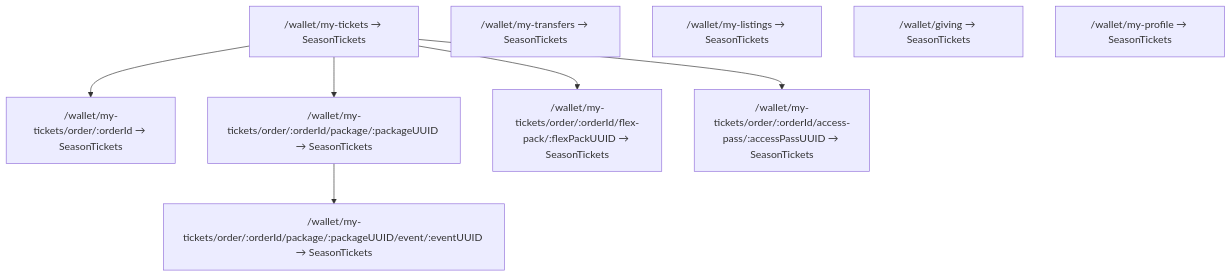
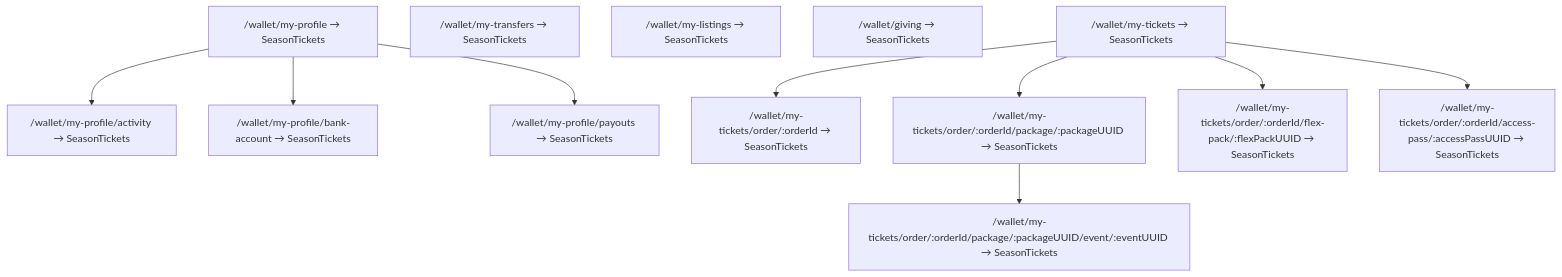
Before and after one commit to CRE8Interactions/frontend-buyer-app: the diagram in docs/wallet-routes.mmd, drawn with Mermaid. The commit also changed 12 other files, not shown here.

First line of the commit message:
Move bank account and payouts under my-profile routes

```diff
--- a/docs/wallet-routes.mmd
+++ b/docs/wallet-routes.mmd
@@ -1,15 +1,18 @@
 %% Wallet routes: each node is path then the component that renders.
 %% Section and detail URLs share WalletLayout (MyTicketsAuthGuard + SeasonTickets).
 %% Their page.tsx files return null and only own the URL.
 
 flowchart TD
   myTickets["/wallet/my-tickets → SeasonTickets"]
   transfers["/wallet/my-transfers → SeasonTickets"]
   listings["/wallet/my-listings → SeasonTickets"]
   giving["/wallet/giving → SeasonTickets"]
   profile["/wallet/my-profile → SeasonTickets"]
+  profile --> activity["/wallet/my-profile/activity → SeasonTickets"]
+  profile --> bank["/wallet/my-profile/bank-account → SeasonTickets"]
+  profile --> payouts["/wallet/my-profile/payouts → SeasonTickets"]
   myTickets --> orderEvent["/wallet/my-tickets/order/:orderId → SeasonTickets"]
   myTickets --> pkg["/wallet/my-tickets/order/:orderId/package/:packageUUID → SeasonTickets"]
   pkg --> pkgEvent["/wallet/my-tickets/order/:orderId/package/:packageUUID/event/:eventUUID → SeasonTickets"]
   myTickets --> flex["/wallet/my-tickets/order/:orderId/flex-pack/:flexPackUUID → SeasonTickets"]
   myTickets --> pass["/wallet/my-tickets/order/:orderId/access-pass/:accessPassUUID → SeasonTickets"]
```
